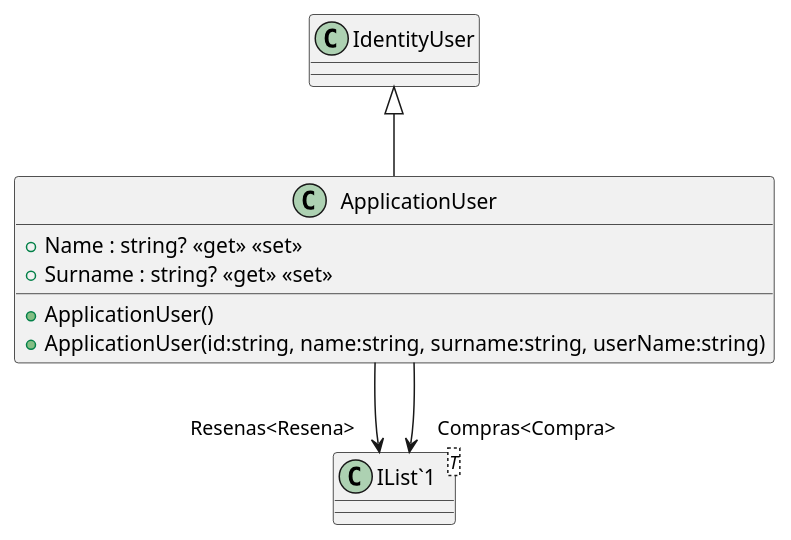
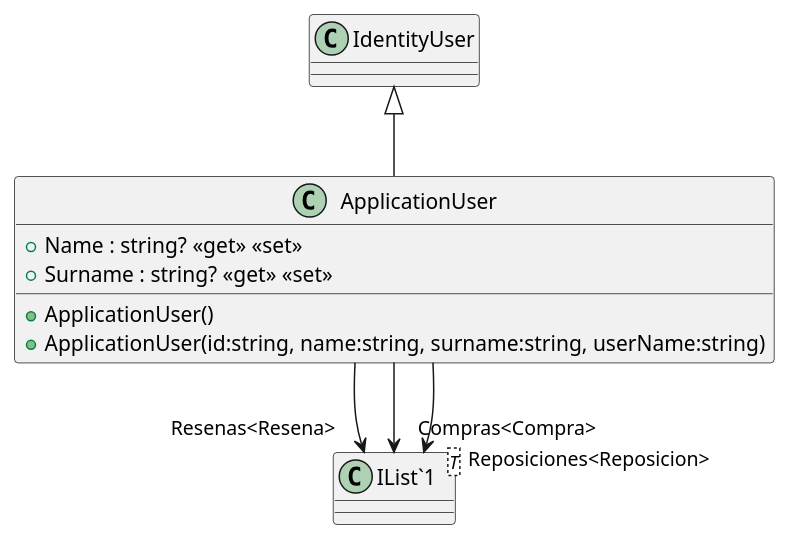
The diagram in src/AppForSEII.API/ClassDiagram/ApplicationUser.puml (ISII2627LosGremlins/ISII2627LosGremlins), drawn with PlantUML before and after one commit. The commit also changed 14 other files, not shown here.

Commit message:
Crear relaciones CU2 y diagrama de clases

```diff
--- a/src/AppForSEII.API/ClassDiagram/ApplicationUser.puml
+++ b/src/AppForSEII.API/ClassDiagram/ApplicationUser.puml
@@ -1,13 +1,14 @@
 @startuml
 class ApplicationUser {
     + ApplicationUser()
     + ApplicationUser(id:string, name:string, surname:string, userName:string)
     + Name : string? <<get>> <<set>>
     + Surname : string? <<get>> <<set>>
 }
 class "IList`1"<T> {
 }
 IdentityUser <|-- ApplicationUser
 ApplicationUser --> "Resenas<Resena>" "IList`1"
 ApplicationUser --> "Compras<Compra>" "IList`1"
+ApplicationUser --> "Reposiciones<Reposicion>" "IList`1"
 @enduml
```
